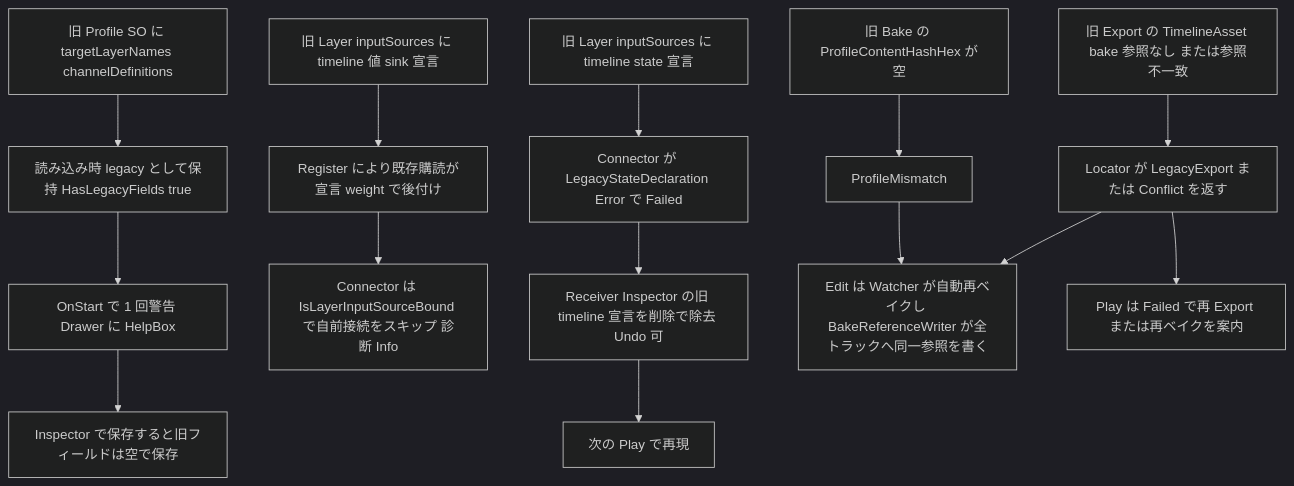
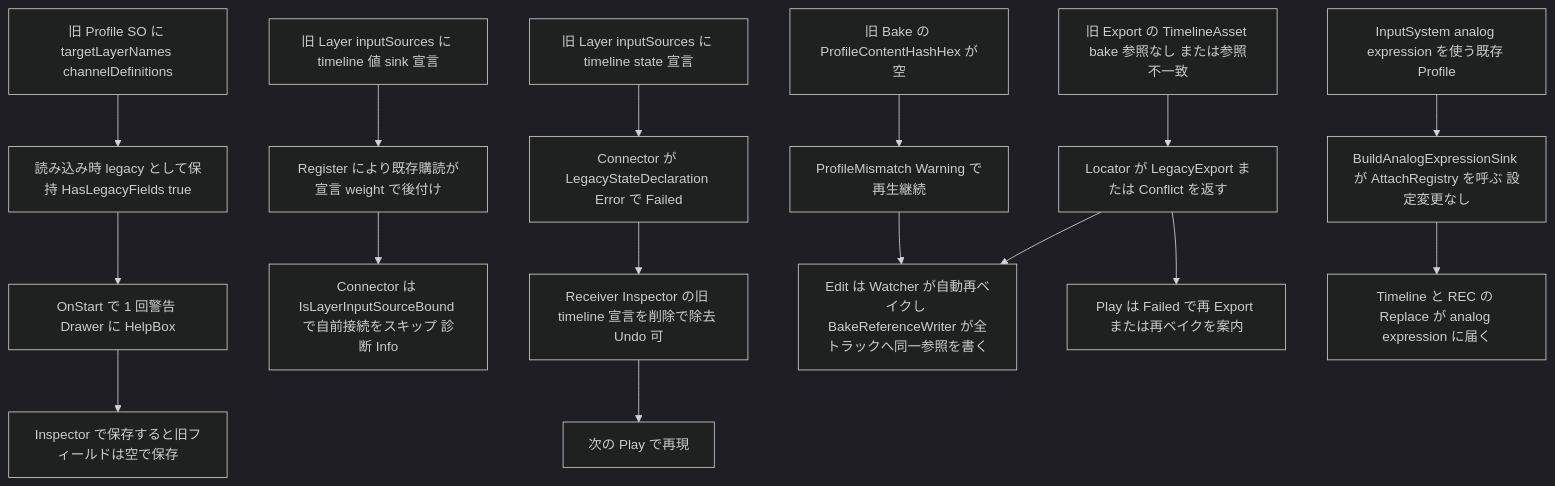
One commit to Hidano-Dev/FacialControl changed the fifth of 5 diagrams in .kiro/specs/timeline-playback-ux/design.md. Above: the diagram before and after it, drawn with Mermaid (dark theme). The commit also changed other lines of this file and 2 other files, not shown here.

First line of the commit message:
timeline-playback-ux の design を validate-design 2 回目の指摘で改訂 (HID-144)

````diff
--- a/.kiro/specs/timeline-playback-ux/design.md
+++ b/.kiro/specs/timeline-playback-ux/design.md
@@ -1219,16 +1353,18 @@
 ```mermaid
 flowchart TB
     A[旧 Profile SO に targetLayerNames channelDefinitions] --> B[読み込み時 legacy として保持 HasLegacyFields true]
     B --> C[OnStart で 1 回警告 Drawer に HelpBox]
     C --> D[Inspector で保存すると旧フィールドは空で保存]
     E[旧 Layer inputSources に timeline 値 sink 宣言] --> F[Register により既存購読が宣言 weight で後付け]
     F --> G[Connector は IsLayerInputSourceBound で自前接続をスキップ 診断 Info]
     L[旧 Layer inputSources に timeline state 宣言] --> M[Connector が LegacyStateDeclaration Error で Failed]
     M --> N[Receiver Inspector の旧 timeline 宣言を削除で除去 Undo 可]
     N --> O[次の Play で再現]
     H[旧 Export の TimelineAsset bake 参照なし または参照不一致] --> I[Locator が LegacyExport または Conflict を返す]
     I --> J1[Edit は Watcher が自動再ベイクし BakeReferenceWriter が全トラックへ同一参照を書く]
     I --> J2[Play は Failed で再 Export または再ベイクを案内]
-    P[旧 Bake の ProfileContentHashHex が空] --> Q[ProfileMismatch]
+    P[旧 Bake の ProfileContentHashHex が空] --> Q[ProfileMismatch Warning で再生継続]
     Q --> J1
+    R[InputSystem analog expression を使う既存 Profile] --> S[BuildAnalogExpressionSink が AttachRegistry を呼ぶ 設定変更なし]
+    S --> T[Timeline と REC の Replace が analog expression に届く]
 ```
````
